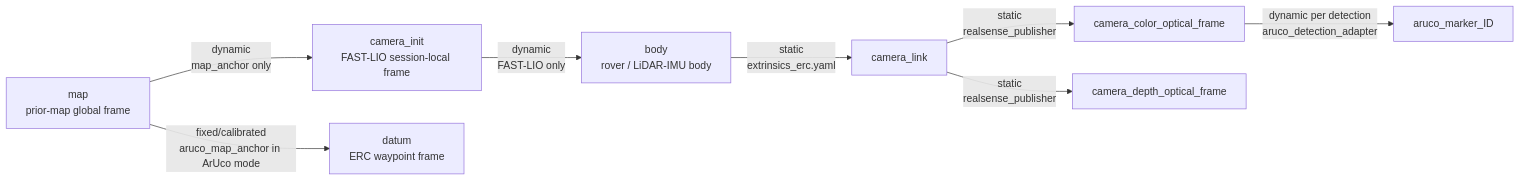
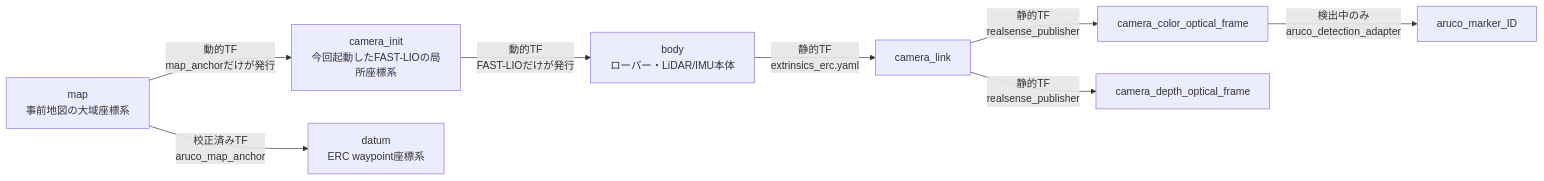
One commit to setomitsumasa/src changed the second of 4 diagrams in doc/erc_localization_graph.md. Above: the diagram before and after it, drawn with Mermaid. The commit also changed other lines of this file and 2 other files, not shown here.

Commit message:
Document ERC localization in Japanese

````diff
--- a/doc/erc_localization_graph.md
+++ b/doc/erc_localization_graph.md
@@ -68,19 +137,19 @@
 ```mermaid
 flowchart LR
-  MAP["map<br/>prior-map global frame"]
-  CI["camera_init<br/>FAST-LIO session-local frame"]
-  BODY["body<br/>rover / LiDAR-IMU body"]
+  MAP["map<br/>事前地図の大域座標系"]
+  CI["camera_init<br/>今回起動したFAST-LIOの局所座標系"]
+  BODY["body<br/>ローバー・LiDAR/IMU本体"]
   CAM["camera_link"]
   COLOR["camera_color_optical_frame"]
   DEPTH["camera_depth_optical_frame"]
   TAG["aruco_marker_ID"]
-  DATUM["datum<br/>ERC waypoint frame"]
+  DATUM["datum<br/>ERC waypoint座標系"]
 
-  MAP -- "dynamic<br/>map_anchor only" --> CI
-  CI -- "dynamic<br/>FAST-LIO only" --> BODY
-  BODY -- "static<br/>extrinsics_erc.yaml" --> CAM
-  CAM -- "static<br/>realsense_publisher" --> COLOR
-  CAM -- "static<br/>realsense_publisher" --> DEPTH
-  COLOR -- "dynamic per detection<br/>aruco_detection_adapter" --> TAG
-  MAP -- "fixed/calibrated<br/>aruco_map_anchor in ArUco mode" --> DATUM
+  MAP -- "動的TF<br/>map_anchorだけが発行" --> CI
+  CI -- "動的TF<br/>FAST-LIOだけが発行" --> BODY
+  BODY -- "静的TF<br/>extrinsics_erc.yaml" --> CAM
+  CAM -- "静的TF<br/>realsense_publisher" --> COLOR
+  CAM -- "静的TF<br/>realsense_publisher" --> DEPTH
+  COLOR -- "検出中のみ<br/>aruco_detection_adapter" --> TAG
+  MAP -- "校正済みTF<br/>aruco_map_anchor" --> DATUM
 ```
````
